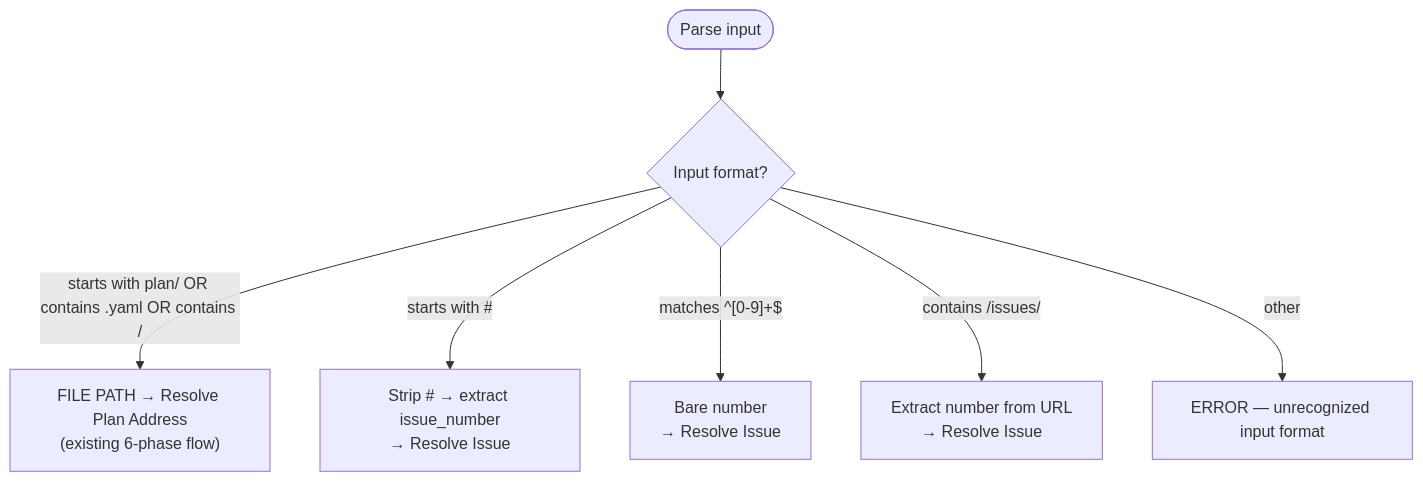
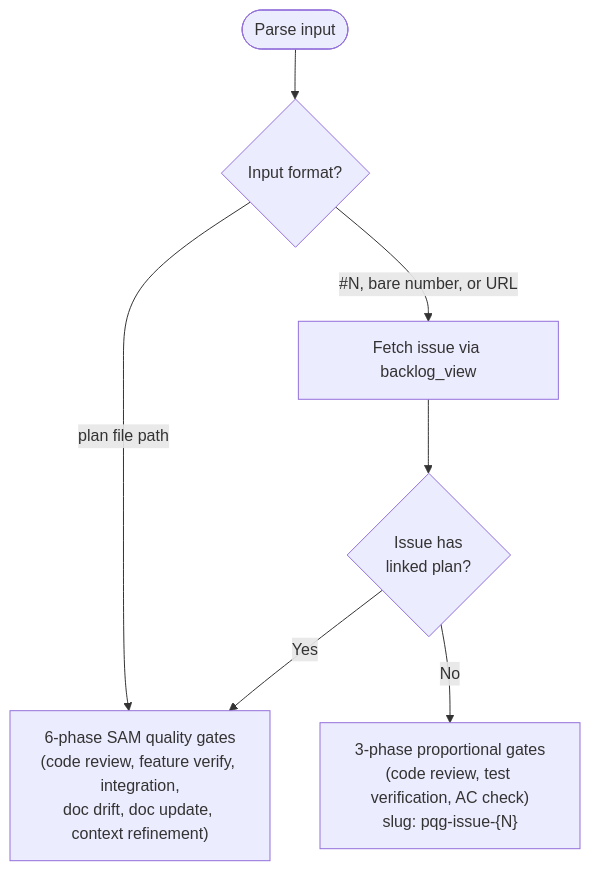
Before and after one commit to chgreer1070/claude_skills: the diagram in .claude/rules/local-workflow.md, drawn with Mermaid. The commit also changed other lines of this file, not shown here.

````diff
--- a/.claude/rules/local-workflow.md
+++ b/.claude/rules/local-workflow.md
@@ -328,9 +80,9 @@
 ```mermaid
 flowchart TD
     Input(["Parse input"]) --> Q{Input format?}
-    Q -->|"starts with plan/ OR contains .yaml OR contains /"| FilePath["FILE PATH → Resolve Plan Address<br>(existing 6-phase flow)"]
-    Q -->|"starts with #"| IssueHash["Strip # → extract issue_number<br>→ Resolve Issue"]
-    Q -->|"matches ^[0-9]+$"| IssueBare["Bare number<br>→ Resolve Issue"]
-    Q -->|"contains /issues/"| IssueURL["Extract number from URL<br>→ Resolve Issue"]
-    Q -->|"other"| Error["ERROR — unrecognized input format"]
+    Q -->|"plan file path"| SAM["6-phase SAM quality gates<br>(code review, feature verify, integration,<br>doc drift, doc update, context refinement)"]
+    Q -->|"#N, bare number, or URL"| Issue["Fetch issue via backlog_view"]
+    Issue --> HasPlan{Issue has<br>linked plan?}
+    HasPlan -->|Yes| SAM
+    HasPlan -->|No| PQG["3-phase proportional gates<br>(code review, test verification, AC check)<br>slug: pqg-issue-{N}"]
 ```
````
